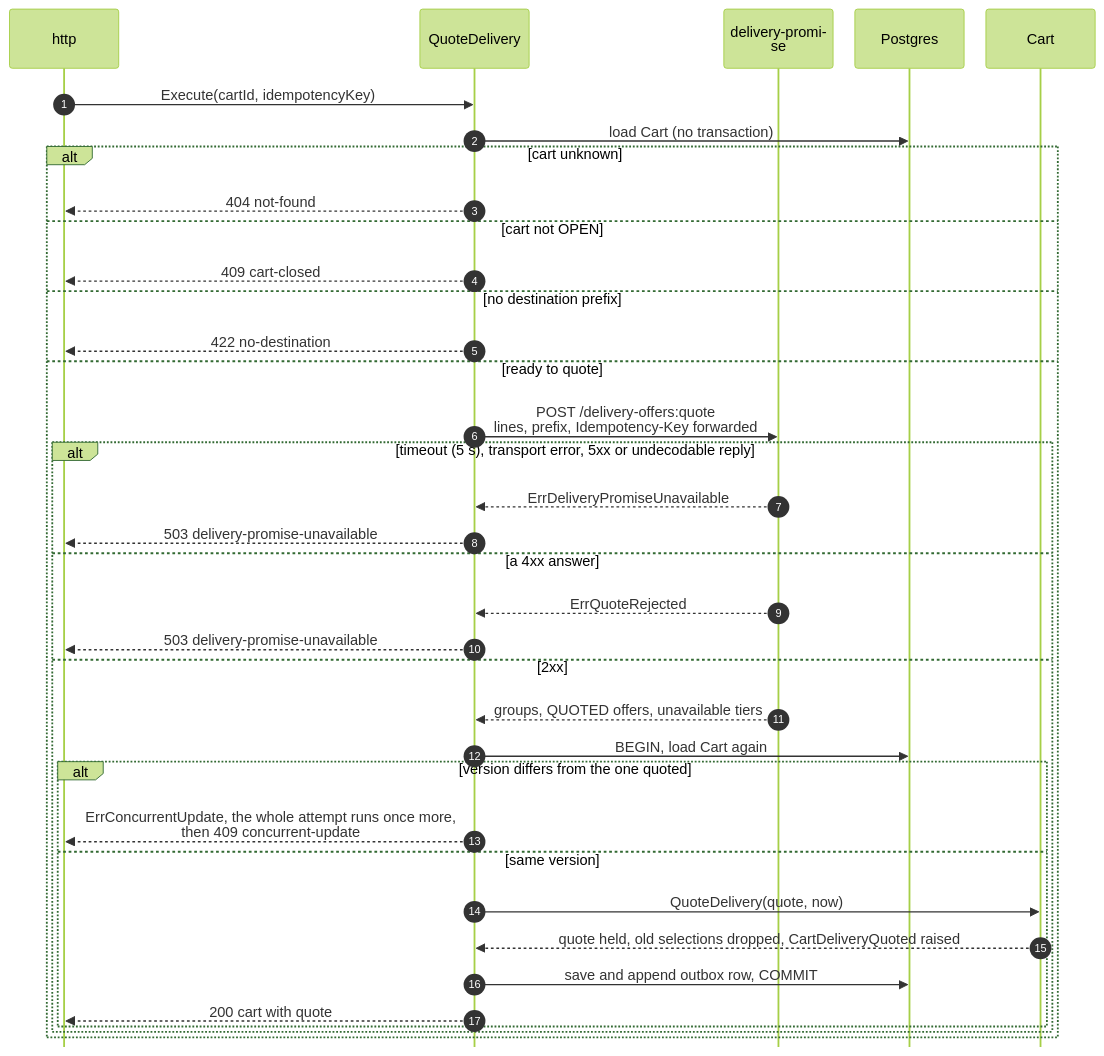
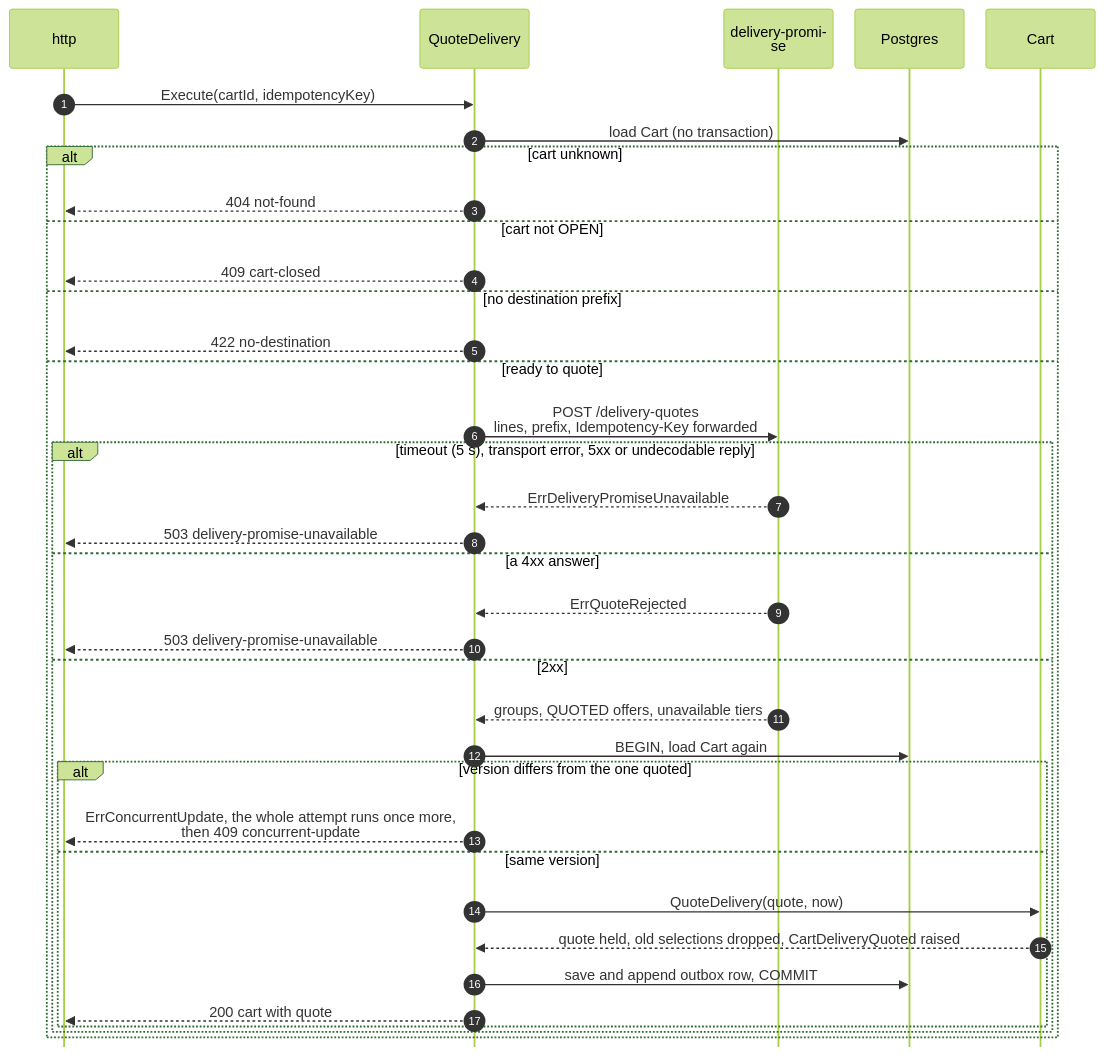
The third of 7 diagrams in docs/docs/ddd/sequence-diagrams.md (IQVO/shopping-cart), drawn with Mermaid (forest theme) before and after one commit. The commit also changed other lines of this file and 14 other files, not shown here.

First line of the commit message:
docs(shopping-cart): use the ADR 0008 route names in every page and diagram

````diff
--- a/docs/docs/ddd/sequence-diagrams.md
+++ b/docs/docs/ddd/sequence-diagrams.md
@@ -142,39 +142,39 @@
 ```mermaid
 %%{init: {"sequence": {"wrap": true, "width": 120, "actorMargin": 24, "messageMargin": 28, "boxMargin": 6, "noteMargin": 6, "mirrorActors": false}}}%%
 sequenceDiagram
     autonumber
     participant H as http
     participant UC as QuoteDelivery
     participant DP as delivery-promise
     participant DB as Postgres
     participant A as Cart
     H->>UC: Execute(cartId, idempotencyKey)
     UC->>DB: load Cart (no transaction)
     alt cart unknown
         UC-->>H: 404 not-found
     else cart not OPEN
         UC-->>H: 409 cart-closed
     else no destination prefix
         UC-->>H: 422 no-destination
     else ready to quote
-        UC->>DP: POST /delivery-offers:quote<br/>lines, prefix, Idempotency-Key forwarded
+        UC->>DP: POST /delivery-quotes<br/>lines, prefix, Idempotency-Key forwarded
         alt timeout (5 s), transport error, 5xx or undecodable reply
             DP-->>UC: ErrDeliveryPromiseUnavailable
             UC-->>H: 503 delivery-promise-unavailable
         else a 4xx answer
             DP-->>UC: ErrQuoteRejected
             UC-->>H: 503 delivery-promise-unavailable
         else 2xx
             DP-->>UC: groups, QUOTED offers, unavailable tiers
             UC->>DB: BEGIN, load Cart again
             alt version differs from the one quoted
                 UC-->>H: ErrConcurrentUpdate, the whole attempt runs once more,<br/>then 409 concurrent-update
             else same version
                 UC->>A: QuoteDelivery(quote, now)
                 A-->>UC: quote held, old selections dropped, CartDeliveryQuoted raised
                 UC->>DB: save and append outbox row, COMMIT
                 UC-->>H: 200 cart with quote
             end
         end
     end
 ```
````
